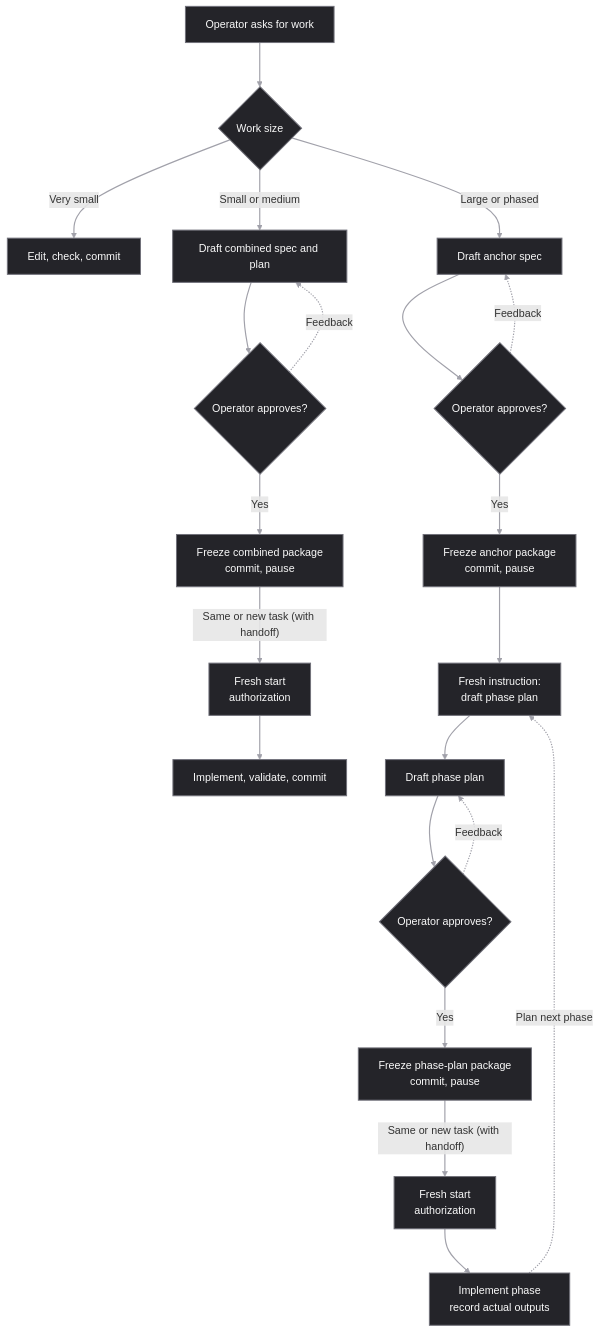
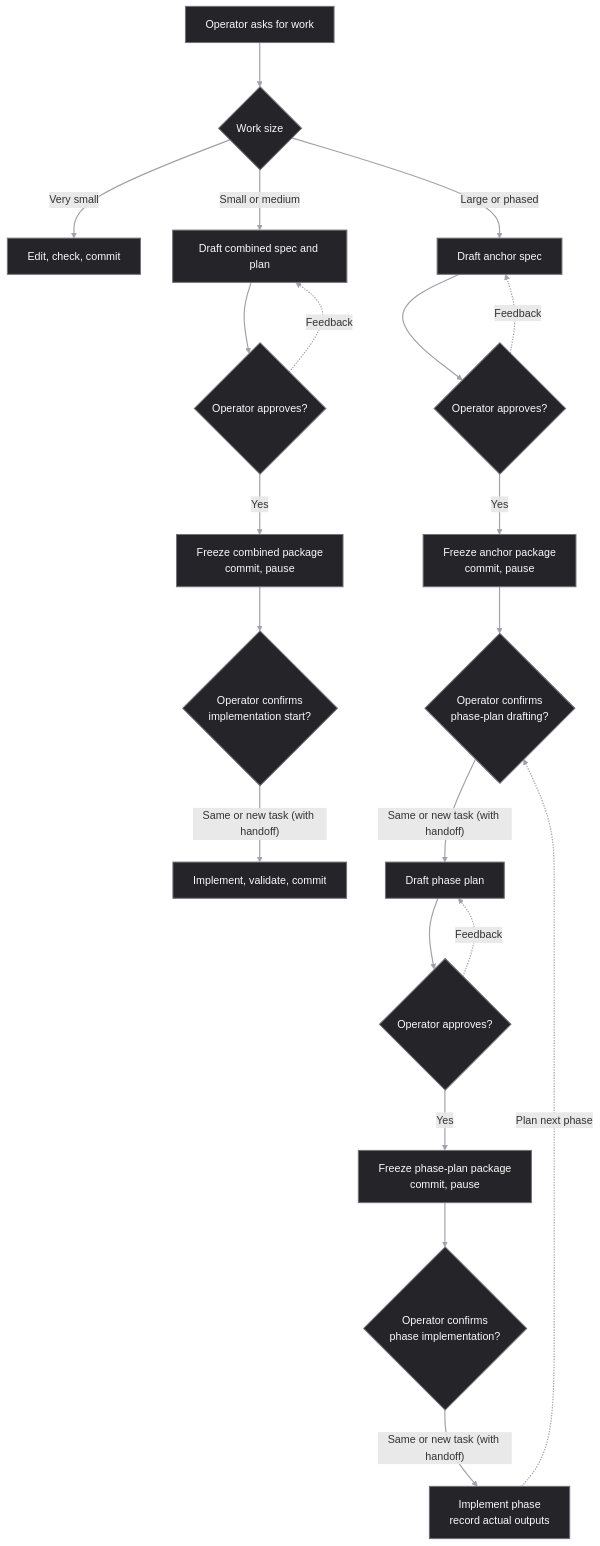
The diagram in README.md (itxyzzz/dev-doc-harness), drawn with Mermaid before and after one commit. The commit also changed 2 other files, not shown here.

Commit message:
docs: lifecycle-doc-clarity -- clarify lifecycle confirmation gates

````diff
--- a/README.md
+++ b/README.md
@@ -31,36 +31,36 @@
 ```mermaid
 %%{init: {
   "flowchart": {
     "curve": "basis",
     "nodeSpacing": 48,
     "rankSpacing": 66
   }
 }}%%
 
 flowchart TD
     A["Operator asks for work"]:::house --> B{"Work size"}:::house
     B -->|"Very small"| C["Edit, check, commit"]:::house
     B -->|"Small or medium"| D["Draft combined spec and plan"]:::house
     B -->|"Large or phased"| H["Draft anchor spec"]:::house
 
     D --> E{"Operator approves?"}:::house
     E -.->|"Feedback"| D
     E -->|"Yes"| F["Freeze combined package<br/>commit, pause"]:::house
-    F -->|"Same or new task (with handoff)"| G["Fresh start<br/>authorization"]:::house
-    G --> S["Implement, validate, commit"]:::house
+    F --> G{"Operator confirms<br/>implementation start?"}:::house
+    G -->|"Same or new task (with handoff)"| S["Implement, validate, commit"]:::house
 
     H --> I{"Operator approves?"}:::house
     I -.->|"Feedback"| H
     I -->|"Yes"| J["Freeze anchor package<br/>commit, pause"]:::house
-    J --> K["Fresh instruction:<br/>draft phase plan"]:::house
-    K --> L["Draft phase plan"]:::house
+    J --> K{"Operator confirms<br/>phase-plan drafting?"}:::house
+    K -->|"Same or new task (with handoff)"| L["Draft phase plan"]:::house
     L --> M{"Operator approves?"}:::house
     M -.->|"Feedback"| L
     M -->|"Yes"| N["Freeze phase-plan package<br/>commit, pause"]:::house
-    N -->|"Same or new task (with handoff)"| O["Fresh start<br/>authorization"]:::house
-    O --> P["Implement phase<br/>record actual outputs"]:::house
+    N --> O{"Operator confirms<br/>phase implementation?"}:::house
+    O -->|"Same or new task (with handoff)"| P["Implement phase<br/>record actual outputs"]:::house
     P -.->|"Plan next phase"| K
 
     classDef house fill:#242429,stroke:#71717a,stroke-width:1.5px,color:#fafafa
     linkStyle default stroke:#a1a1aa,stroke-width:1.75px
 ```
````
